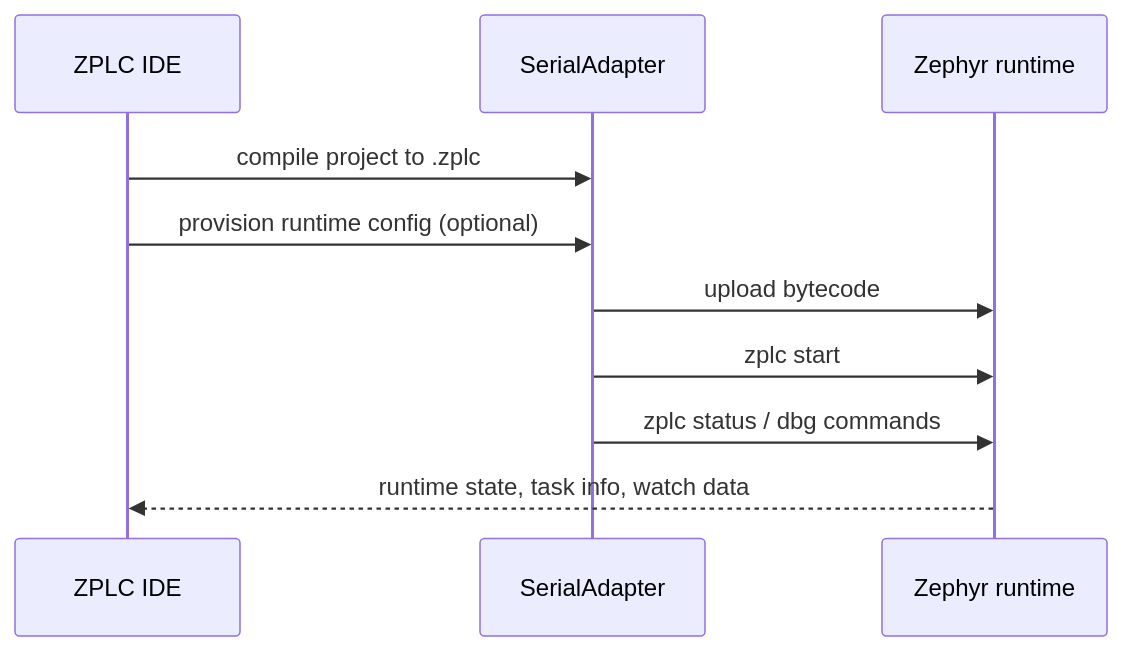
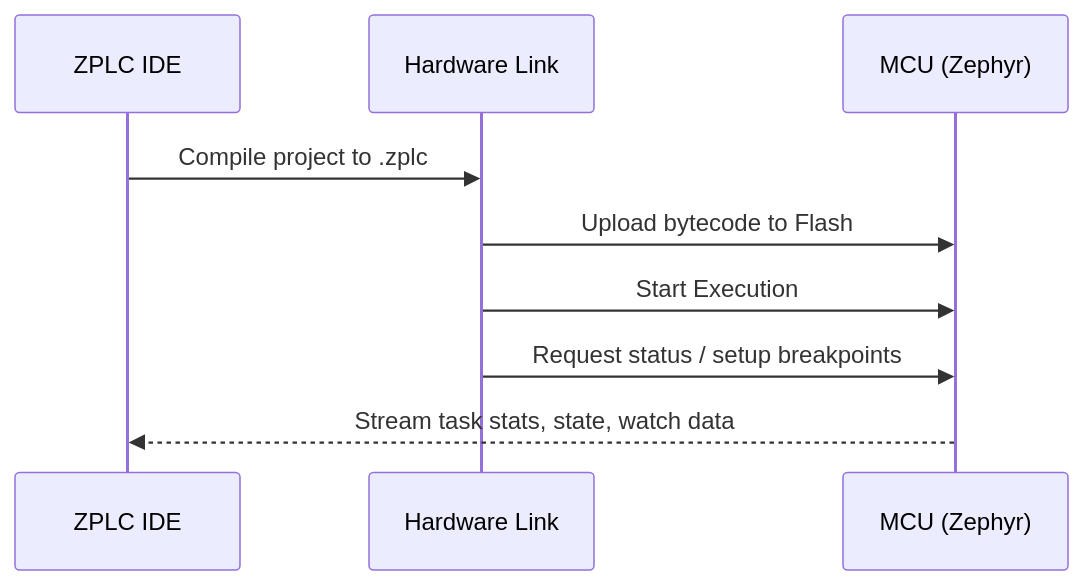
The diagram in docs/docs/ide/deployment.md (eduardojvieira/ZPLC), drawn with Mermaid before and after one commit. The commit also changed other lines of this file and 55 other files, not shown here.

````diff
--- a/docs/docs/ide/deployment.md
+++ b/docs/docs/ide/deployment.md
@@ -49,13 +33,12 @@
 ```mermaid
 sequenceDiagram
   participant IDE as ZPLC IDE
-  participant Adapter as SerialAdapter
-  participant Device as Zephyr runtime
+  participant Adapter as Hardware Link
+  participant Device as MCU (Zephyr)
 
-  IDE->>Adapter: compile project to .zplc
-  IDE->>Adapter: provision runtime config (optional)
-  Adapter->>Device: upload bytecode
-  Adapter->>Device: zplc start
-  Adapter->>Device: zplc status / dbg commands
-  Device-->>IDE: runtime state, task info, watch data
+  IDE->>Adapter: Compile project to .zplc
+  Adapter->>Device: Upload bytecode to Flash
+  Adapter->>Device: Start Execution
+  Adapter->>Device: Request status / setup breakpoints
+  Device-->>IDE: Stream task stats, state, watch data
 ```
````
